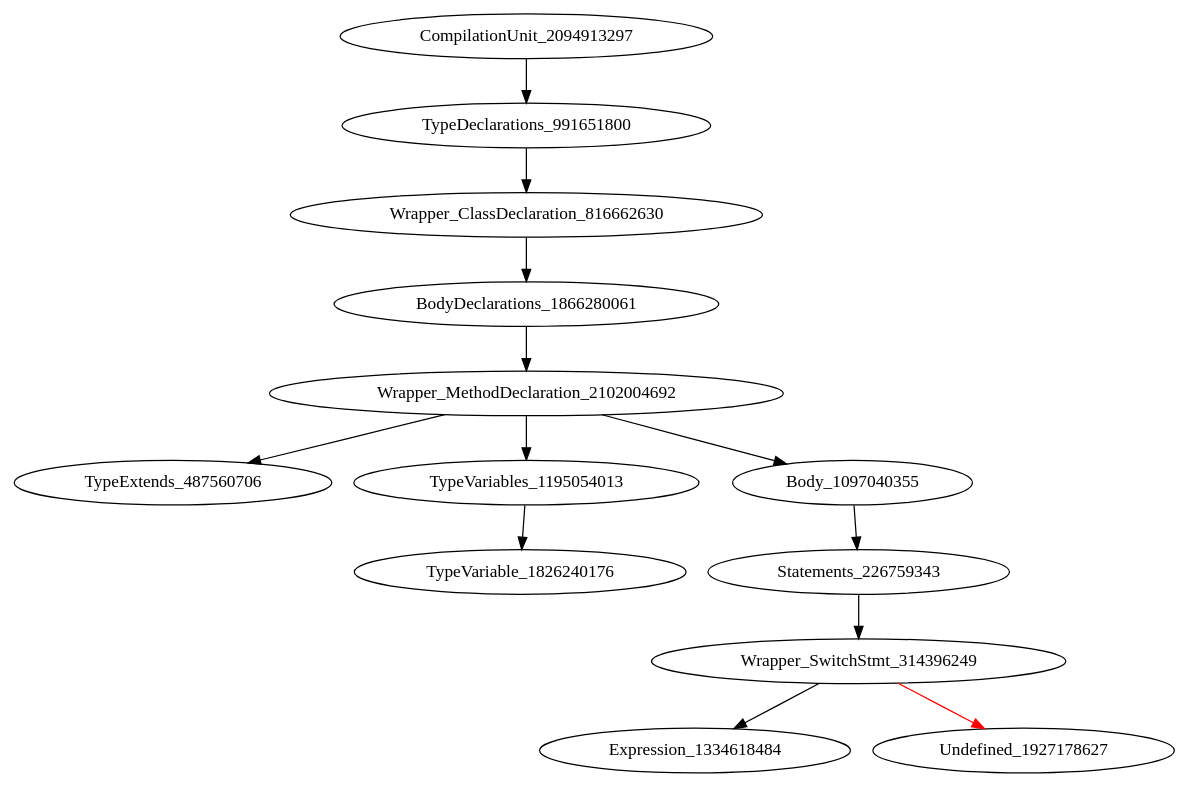
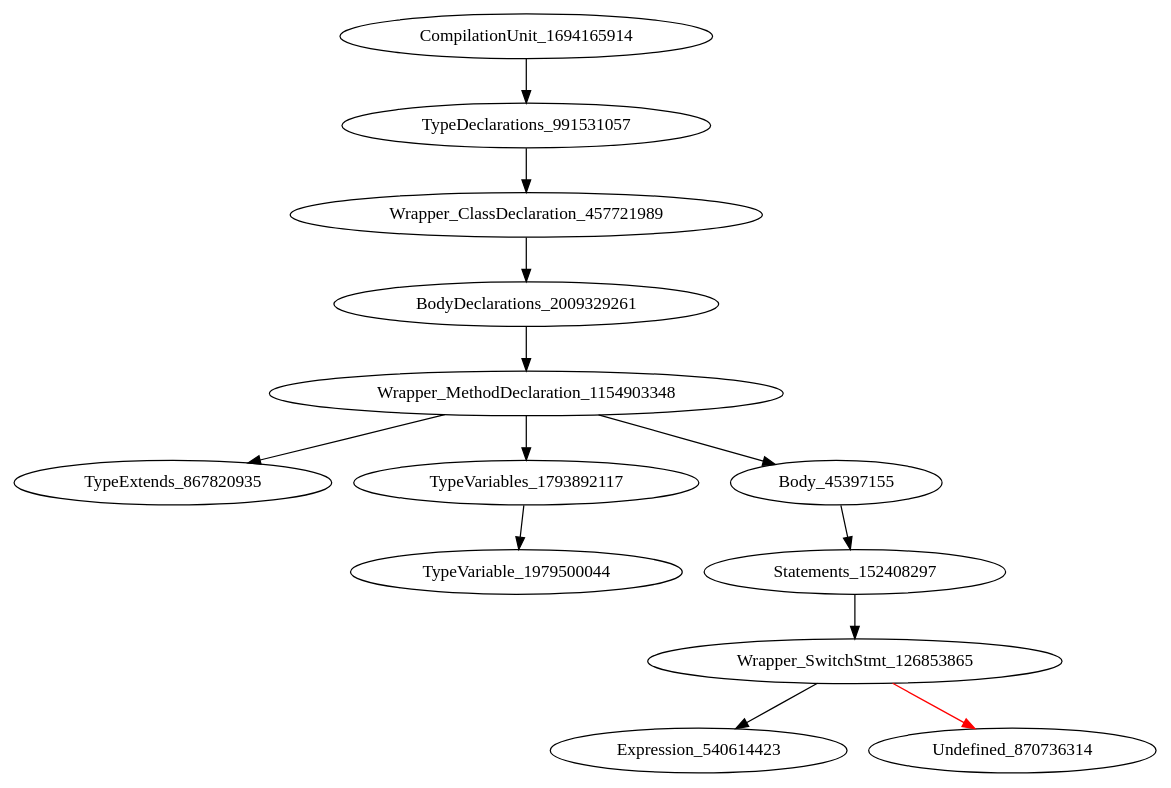
One commit to icse2023material/VoiceJava changed the diagram in holeAST.dot. Above: the diagram before and after it, drawn with Graphviz. The commit also changed 9 other files, not shown here.

Commit message:
[add] variable declaration testcases

```diff
--- a/holeAST.dot
+++ b/holeAST.dot
@@ -1,14 +1,14 @@
 digraph {
-CompilationUnit_2094913297 -> TypeDeclarations_991651800
-TypeDeclarations_991651800 -> Wrapper_ClassDeclaration_816662630
-Wrapper_ClassDeclaration_816662630 -> BodyDeclarations_1866280061
-BodyDeclarations_1866280061 -> Wrapper_MethodDeclaration_2102004692
-Wrapper_MethodDeclaration_2102004692 -> TypeExtends_487560706
-Wrapper_MethodDeclaration_2102004692 -> TypeVariables_1195054013
-Wrapper_MethodDeclaration_2102004692 -> Body_1097040355
-TypeVariables_1195054013 -> TypeVariable_1826240176
-Body_1097040355 -> Statements_226759343
-Statements_226759343 -> Wrapper_SwitchStmt_314396249
-Wrapper_SwitchStmt_314396249 -> Expression_1334618484
-Wrapper_SwitchStmt_314396249 -> Undefined_1927178627 [color = red] 
+CompilationUnit_1694165914 -> TypeDeclarations_991531057
+TypeDeclarations_991531057 -> Wrapper_ClassDeclaration_457721989
+Wrapper_ClassDeclaration_457721989 -> BodyDeclarations_2009329261
+BodyDeclarations_2009329261 -> Wrapper_MethodDeclaration_1154903348
+Wrapper_MethodDeclaration_1154903348 -> TypeExtends_867820935
+Wrapper_MethodDeclaration_1154903348 -> TypeVariables_1793892117
+Wrapper_MethodDeclaration_1154903348 -> Body_45397155
+TypeVariables_1793892117 -> TypeVariable_1979500044
+Body_45397155 -> Statements_152408297
+Statements_152408297 -> Wrapper_SwitchStmt_126853865
+Wrapper_SwitchStmt_126853865 -> Expression_540614423
+Wrapper_SwitchStmt_126853865 -> Undefined_870736314 [color = red] 
 }
```
